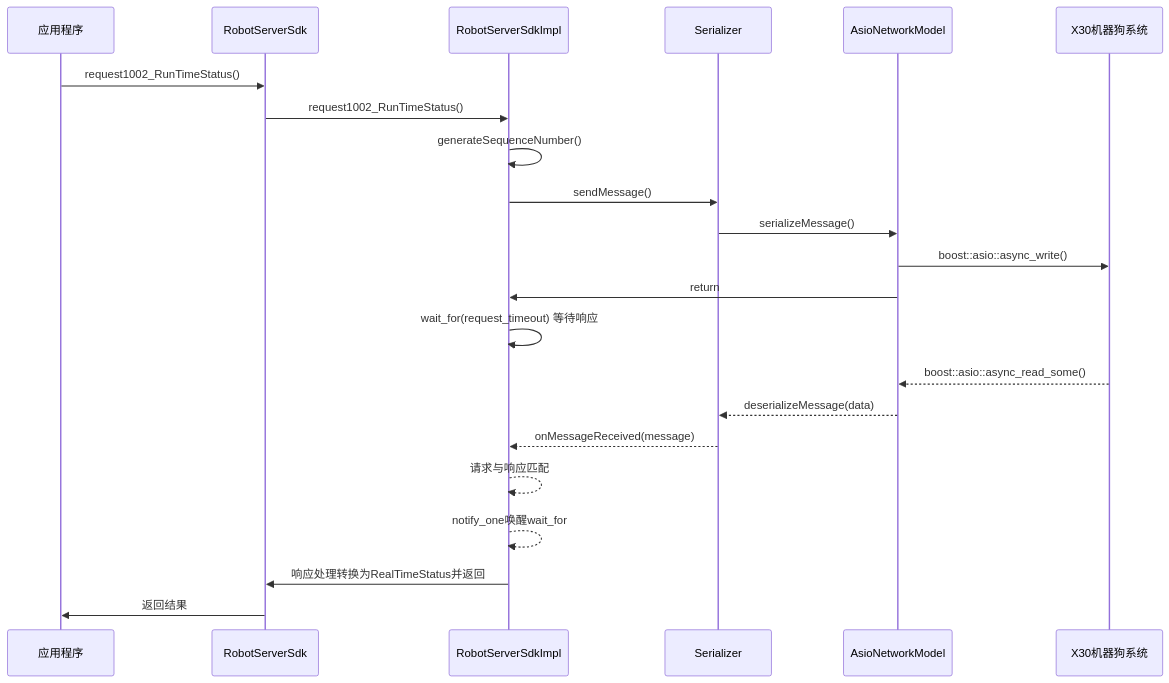
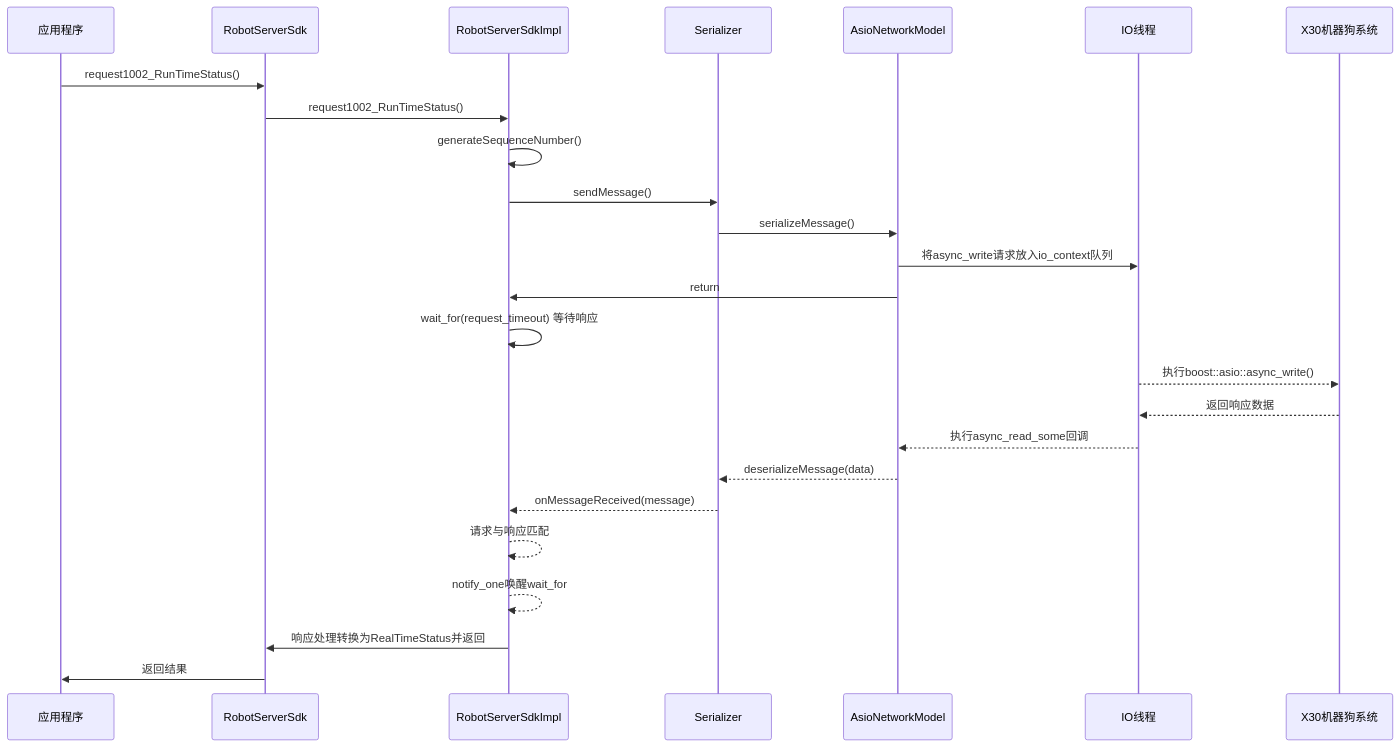
The fourth of 5 diagrams in docs2/architecture.md (tailu123/x30-nav-sdk), drawn with Mermaid before and after one commit. The commit also changed other lines of this file and 19 other files, not shown here.

````diff
--- a/docs2/architecture.md
+++ b/docs2/architecture.md
@@ -217,28 +240,31 @@
 ```mermaid
 sequenceDiagram
     participant App as 应用程序
     participant SDK as RobotServerSdk
     participant Impl as RobotServerSdkImpl
     participant Proto as Serializer
     participant Net as AsioNetworkModel
+    participant IO as IO线程
     participant Dog as X30机器狗系统
 
     %% Request Flow
     App->>SDK: request1002_RunTimeStatus()
     SDK->>Impl: request1002_RunTimeStatus()
     Impl->>Impl: generateSequenceNumber()
     Impl->>Proto: sendMessage()
     Proto->>Net: serializeMessage()
-    Net->>Dog: boost::asio::async_write()
+    Net->>IO: 将async_write请求放入io_context队列
     Net->>Impl: return
     Impl->>Impl: wait_for(request_timeout) 等待响应
+    IO-->>Dog: 执行boost::asio::async_write()
 
     %% Response Flow
-    Dog-->>Net: boost::asio::async_read_some()
+    Dog-->>IO: 返回响应数据
+    IO-->>Net: 执行async_read_some回调
     Net-->>Proto: deserializeMessage(data)
     Proto-->>Impl: onMessageReceived(message)
     Impl-->>Impl: 请求与响应匹配
     Impl-->>Impl: notify_one唤醒wait_for
     Impl->>SDK: 响应处理转换为RealTimeStatus并返回
     SDK->>App: 返回结果
 ```
````
